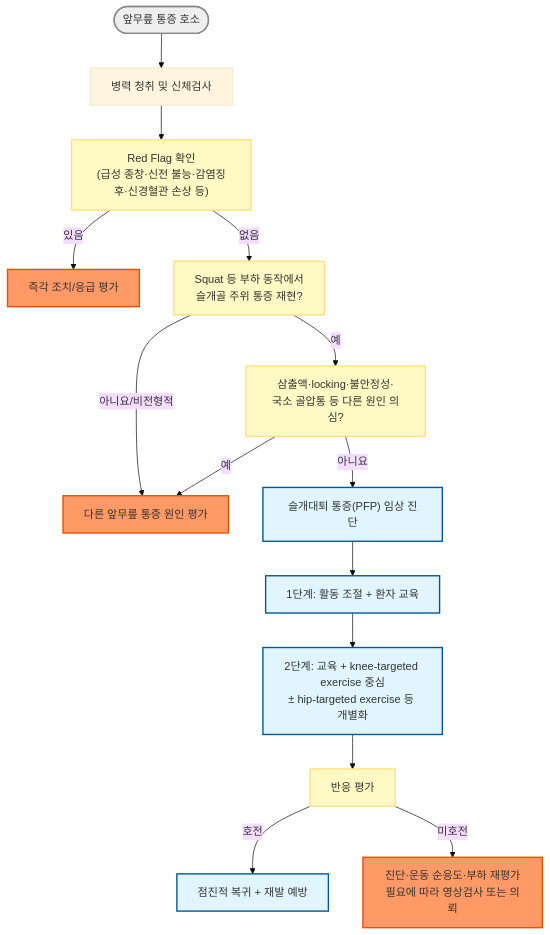
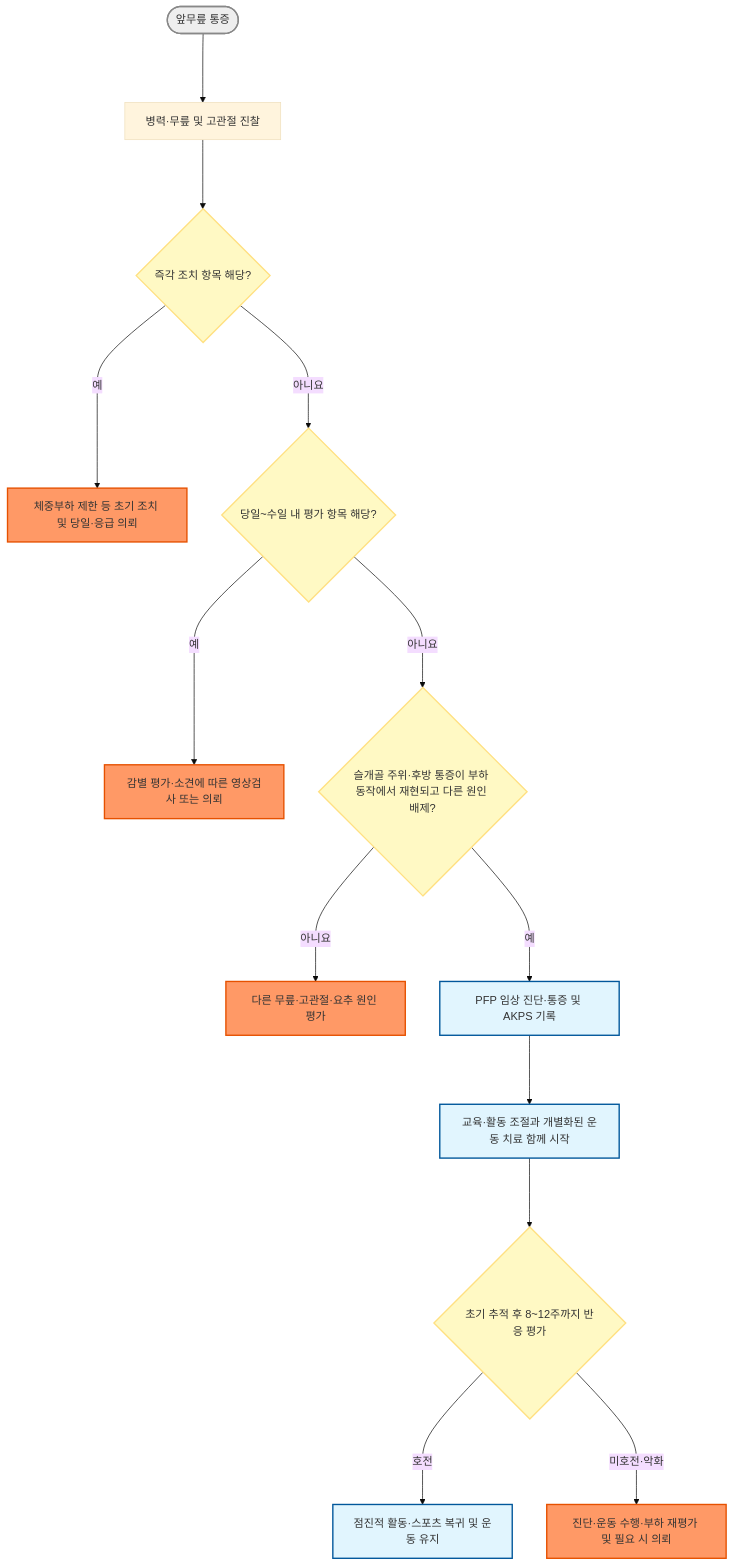
One commit to familyoh77/familyoh77 changed the diagram in 228_/145_-patellofemoral-pain-syndrome.md. Above: the diagram before and after it, drawn with Mermaid (base theme). The commit also changed other lines of this file and 5 other files, not shown here.

````diff
--- a/228_/145_-patellofemoral-pain-syndrome.md
+++ b/228_/145_-patellofemoral-pain-syndrome.md
@@ -148,26 +146,24 @@
 ```mermaid
 graph TD
-    Start(["앞무릎 통증 호소"]) --> A["병력 청취 및 신체검사"]
-    A --> RF["Red Flag 확인<br>(급성 종창·신전 불능·감염징후·신경혈관 손상 등)"]
-    RF -->|있음| C["즉각 조치/응급 평가"]
-    RF -->|없음| D["Squat 등 부하 동작에서<br>슬개골 주위 통증 재현?"]
-    D -->|아니요/비전형적| X["다른 앞무릎 통증 원인 평가"]
-    D -->|예| E["삼출액·locking·불안정성·<br>국소 골압통 등 다른 원인 의심?"]
-    E -->|예| X
-    E -->|아니요| F["슬개대퇴 통증(PFP) 임상 진단"]
-    F --> G["1단계: 활동 조절 + 환자 교육"]
-    G --> H["2단계: 교육 + knee-targeted exercise 중심<br>± hip-targeted exercise 등 개별화"]
-    H --> I["반응 평가"]
-    I -->|호전| J["점진적 복귀 + 재발 예방"]
-    I -->|미호전| K["진단·운동 순응도·부하 재평가<br>필요에 따라 영상검사 또는 의뢰"]
+    Start(["앞무릎 통증"]) ---> A["병력·무릎 및 고관절 진찰"]
+    A ---> RF{"즉각 조치 항목 해당?"}
+    RF --->|예| C["체중부하 제한 등 초기 조치 및 당일·응급 의뢰"]
+    RF --->|아니요| U{"당일~수일 내 평가 항목 해당?"}
+    U --->|예| V["감별 평가·소견에 따른 영상검사 또는 의뢰"]
+    U --->|아니요| D{"슬개골 주위·후방 통증이 부하 동작에서 재현되고 다른 원인 배제?"}
+    D --->|아니요| X["다른 무릎·고관절·요추 원인 평가"]
+    D --->|예| F["PFP 임상 진단·통증 및 AKPS 기록"]
+    F ---> H["교육·활동 조절과 개별화된 운동 치료 함께 시작"]
+    H ---> I{"초기 추적 후 8~12주까지 반응 평가"}
+    I --->|호전| J["점진적 활동·스포츠 복귀 및 운동 유지"]
+    I --->|미호전·악화| K["진단·운동 수행·부하 재평가 및 필요 시 의뢰"]
 
-    class RF,D,E,I question
-    class C,X,K refer
-    class F,G,H,J action
+    class RF,U,D,I question
+    class C,V,X,K refer
+    class F,H,J action
     class Start start
-
     classDef start fill:#eeeeee,stroke:#888888,stroke-width:2px
     classDef question fill:#fff9c4,stroke:#ffe082,stroke-width:2px
     classDef refer fill:#f96,stroke:#e65100,stroke-width:2px
     classDef action fill:#e1f5fe,stroke:#01579b,stroke-width:2px
 ```
````
